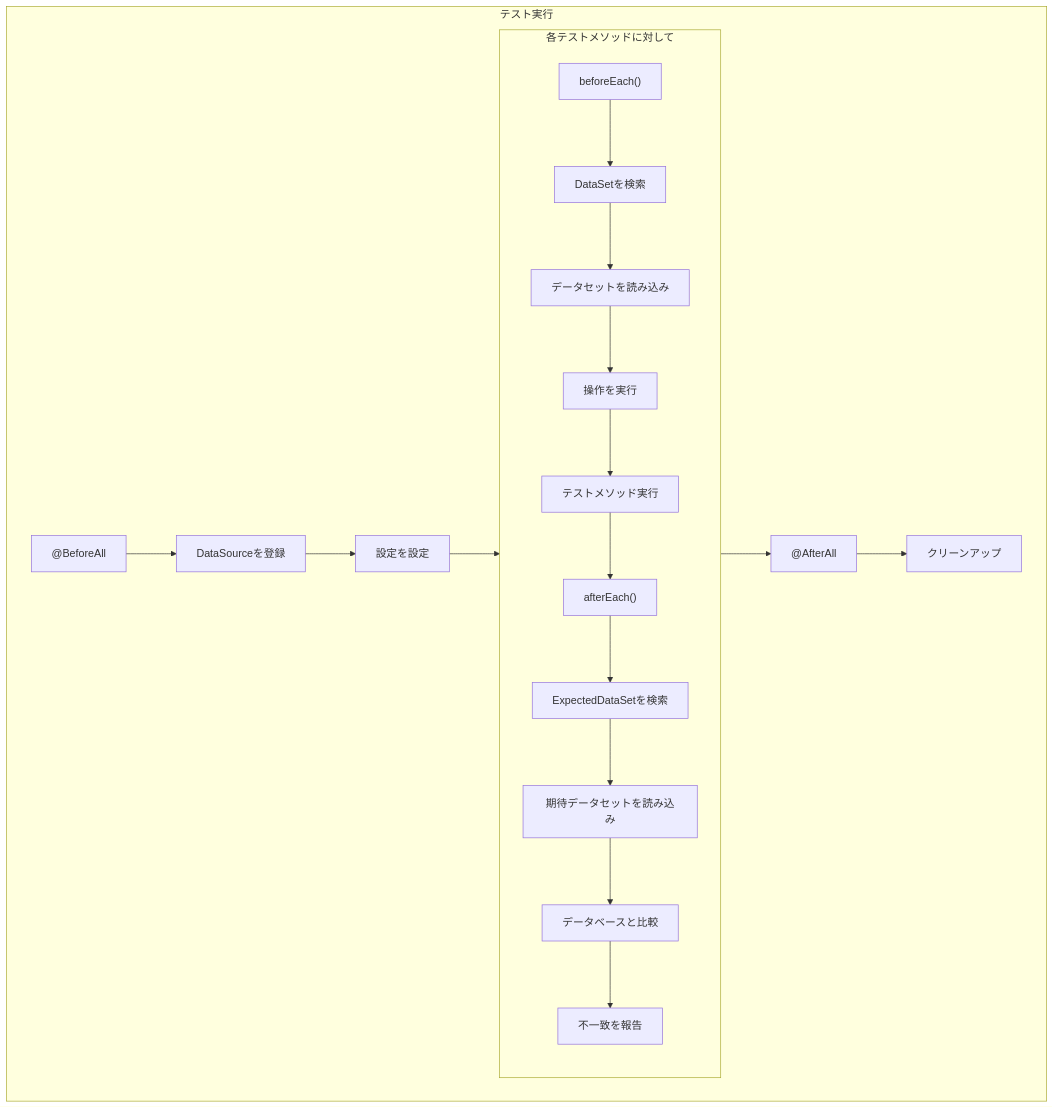
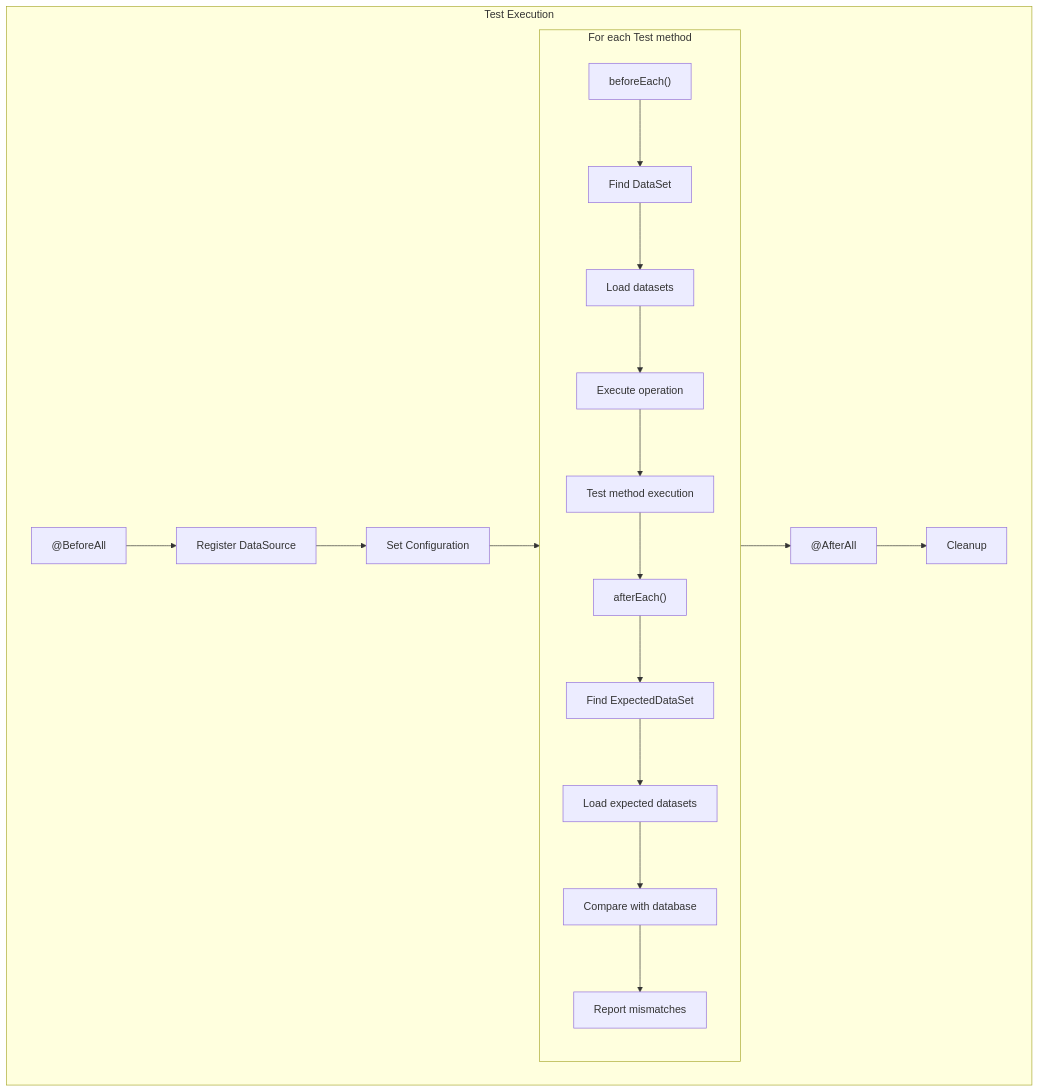
One commit to seijikohara/db-tester changed the first of 3 diagrams in docs/specs/ja/lifecycle.md. Above: the diagram before and after it, drawn with Mermaid. The commit also changed other lines of this file and 141 other files, not shown here.

````diff
--- a/docs/specs/ja/lifecycle.md
+++ b/docs/specs/ja/lifecycle.md
@@ -10,25 +10,25 @@
 ```mermaid
 flowchart TD
-    subgraph テスト実行
+    subgraph Test Execution
         BA["@BeforeAll"]
-        BA --> BA1[DataSourceを登録]
-        BA1 --> BA2[設定を設定]
+        BA --> BA1[Register DataSource]
+        BA1 --> BA2[Set Configuration]
 
-        subgraph each["各テストメソッドに対して"]
+        subgraph each["For each Test method"]
             BE["beforeEach()"]
-            BE --> BE1["DataSetを検索"]
-            BE1 --> BE2[データセットを読み込み]
-            BE2 --> BE3[操作を実行]
-            BE3 --> TM[テストメソッド実行]
+            BE --> BE1["Find DataSet"]
+            BE1 --> BE2[Load datasets]
+            BE2 --> BE3[Execute operation]
+            BE3 --> TM[Test method execution]
             TM --> AE["afterEach()"]
-            AE --> AE1["ExpectedDataSetを検索"]
-            AE1 --> AE2[期待データセットを読み込み]
-            AE2 --> AE3[データベースと比較]
-            AE3 --> AE4[不一致を報告]
+            AE --> AE1["Find ExpectedDataSet"]
+            AE1 --> AE2[Load expected datasets]
+            AE2 --> AE3[Compare with database]
+            AE3 --> AE4[Report mismatches]
         end
 
         BA2 --> each
         each --> AA["@AfterAll"]
-        AA --> AA1[クリーンアップ]
+        AA --> AA1[Cleanup]
     end
 ```
````
